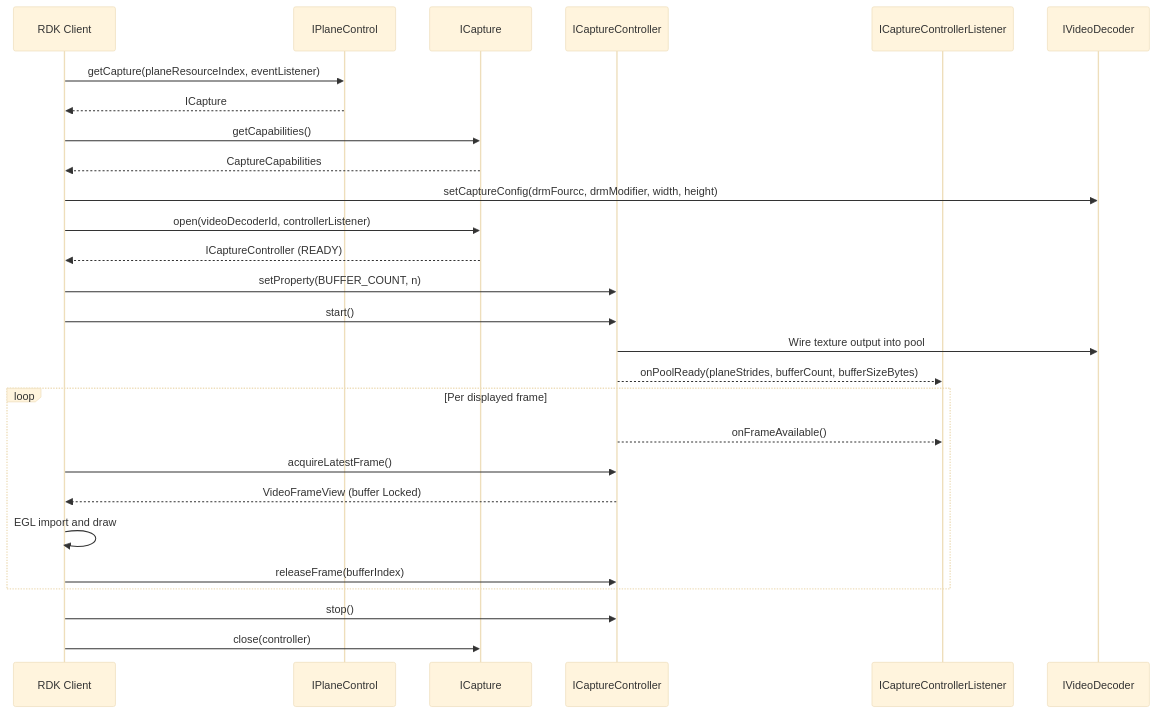
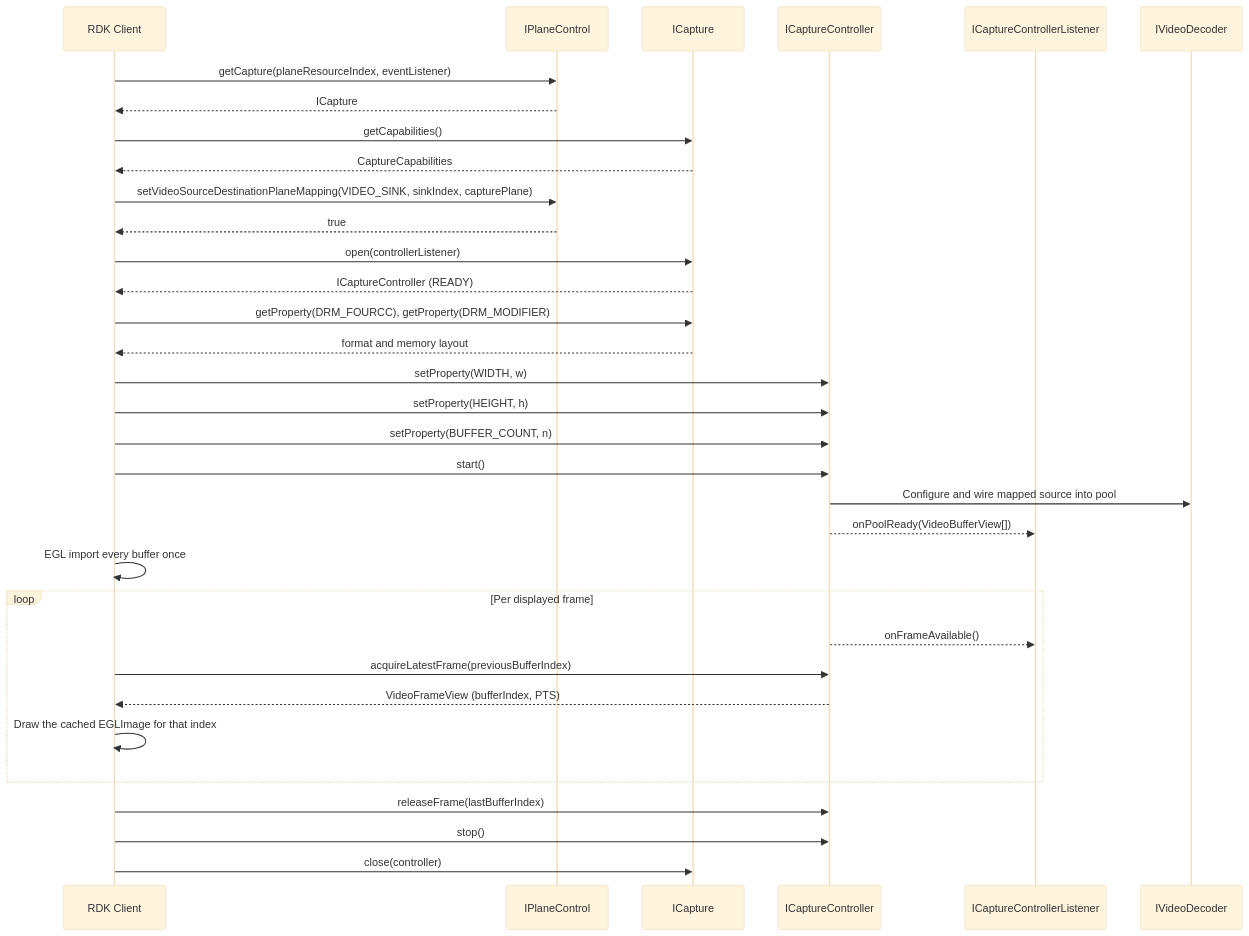
One commit to rdkcentral/rdk-halif-aidl changed the fourth of 4 diagrams in planecontrol/current/docs/plane_control.md. Above: the diagram before and after it, drawn with Mermaid (base theme). The commit also changed other lines of this file and 20 other files, not shown here.

First line of the commit message:
feat(planecontrol,videodecoder)!: the capture plane owns capture end to end (#753)

````diff
--- a/planecontrol/current/docs/plane_control.md
+++ b/planecontrol/current/docs/plane_control.md
@@ -432,36 +503,45 @@
 ```mermaid
 sequenceDiagram
     participant Client as RDK Client
     participant PC as IPlaneControl
     participant Capture as ICapture
     participant Controller as ICaptureController
     participant Listener as ICaptureControllerListener
     participant Decoder as IVideoDecoder
 
     Client->>PC: getCapture(planeResourceIndex, eventListener)
     PC-->>Client: ICapture
 
     Client->>Capture: getCapabilities()
     Capture-->>Client: CaptureCapabilities
 
-    Client->>Decoder: setCaptureConfig(drmFourcc, drmModifier, width, height)
+    Client->>PC: setVideoSourceDestinationPlaneMapping(VIDEO_SINK, sinkIndex, capturePlane)
+    PC-->>Client: true
 
-    Client->>Capture: open(videoDecoderId, controllerListener)
+    Client->>Capture: open(controllerListener)
     Capture-->>Client: ICaptureController (READY)
 
+    Client->>Capture: getProperty(DRM_FOURCC), getProperty(DRM_MODIFIER)
+    Capture-->>Client: format and memory layout
+
+    Client->>Controller: setProperty(WIDTH, w)
+    Client->>Controller: setProperty(HEIGHT, h)
     Client->>Controller: setProperty(BUFFER_COUNT, n)
     Client->>Controller: start()
-    Controller->>Decoder: Wire texture output into pool
-    Controller-->>Listener: onPoolReady(planeStrides, bufferCount, bufferSizeBytes)
+    Controller->>Decoder: Configure and wire mapped source into pool
+
+    Controller-->>Listener: onPoolReady(VideoBufferView[])
+    Client->>Client: EGL import every buffer once
 
     loop Per displayed frame
         Controller-->>Listener: onFrameAvailable()
-        Client->>Controller: acquireLatestFrame()
-        Controller-->>Client: VideoFrameView (buffer Locked)
-        Client->>Client: EGL import and draw
-        Client->>Controller: releaseFrame(bufferIndex)
+        Client->>Controller: acquireLatestFrame(previousBufferIndex)
+        Controller-->>Client: VideoFrameView (bufferIndex, PTS)
+        Client->>Client: Draw the cached EGLImage for that index
     end
+
+    Client->>Controller: releaseFrame(lastBufferIndex)
 
     Client->>Controller: stop()
     Client->>Capture: close(controller)
 ```
````
